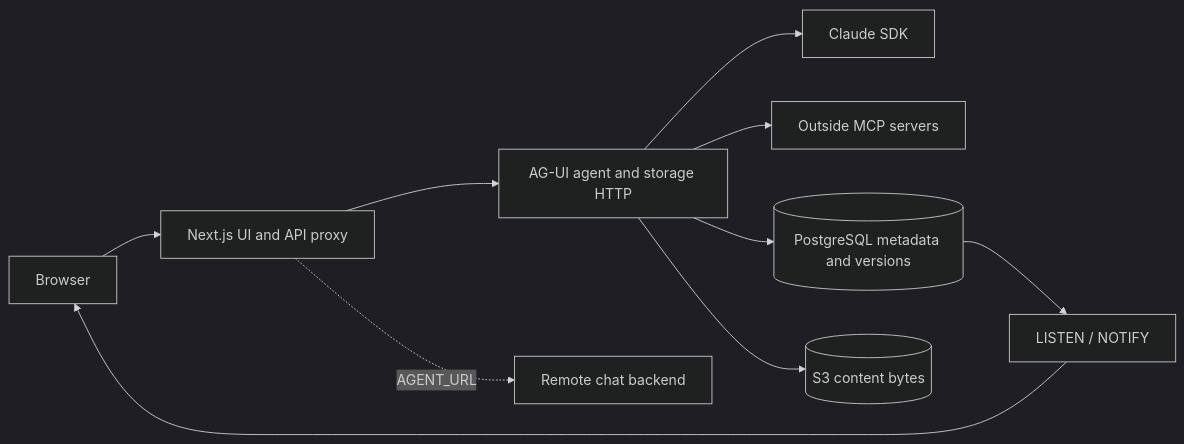
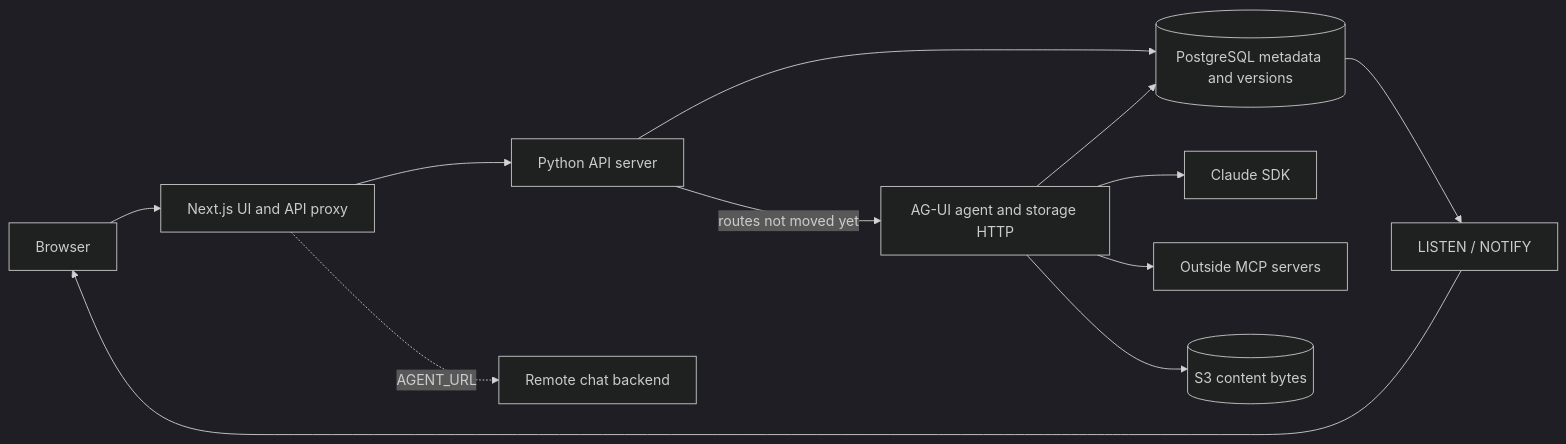
Before and after one commit to dnlintsm/knowledge-chatroom: the diagram in docs/architecture.md, drawn with Mermaid (dark theme). The commit also changed other lines of this file and 31 other files, not shown here.

````diff
--- a/docs/architecture.md
+++ b/docs/architecture.md
@@ -13,12 +17,14 @@
 ```mermaid
 flowchart LR
   Browser --> Next[Next.js UI and API proxy]
-  Next --> Agent[AG-UI agent and storage HTTP]
+  Next --> Api[Python API server]
+  Api -->|routes not moved yet| Agent[AG-UI agent and storage HTTP]
+  Api --> PG
   Next -.->|AGENT_URL| Remote[Remote chat backend]
   Agent --> Claude[Claude SDK]
   Agent --> MCP[Outside MCP servers]
   Agent --> PG[(PostgreSQL metadata and versions)]
   Agent --> S3[(S3 content bytes)]
   PG --> Events[LISTEN / NOTIFY]
   Events --> Browser
 ```
````
